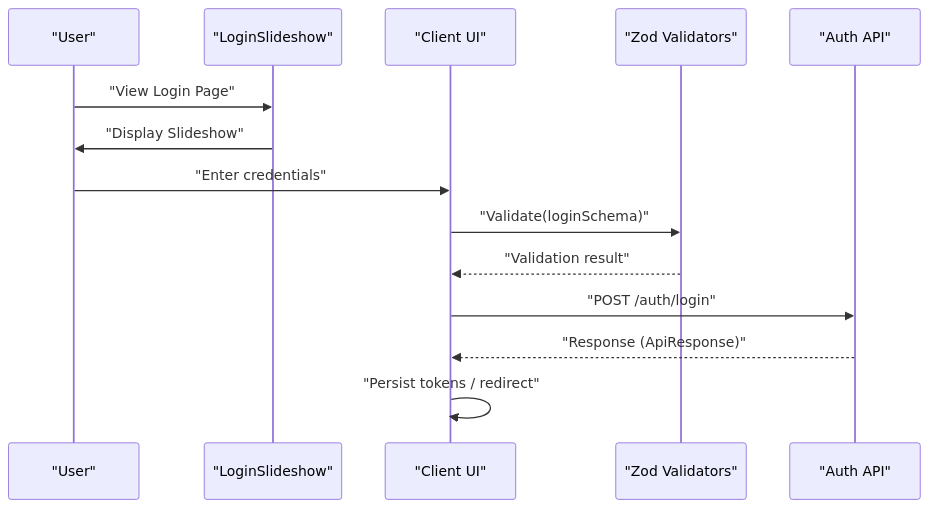
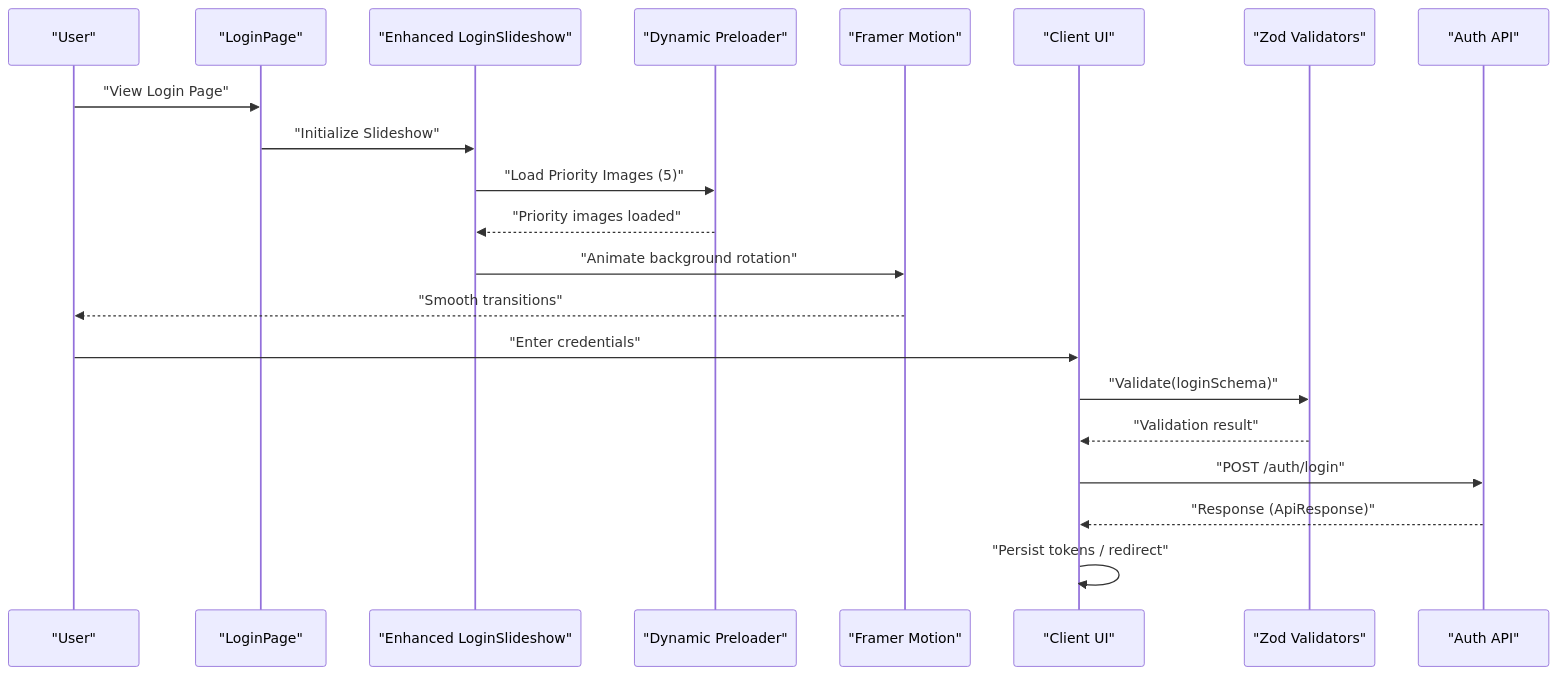
The fourth of 17 diagrams in .qoder/repowiki/en/content/Frontend & PWA Implementation/Frontend & PWA Implementation.md (franckylab/eLISAschool), drawn with Mermaid before and after one commit. The commit also changed other lines of this file and 84 other files, not shown here.

````diff
--- a/.qoder/repowiki/en/content/Frontend & PWA Implementation/Frontend & PWA Implementation.md
+++ b/.qoder/repowiki/en/content/Frontend & PWA Implementation/Frontend & PWA Implementation.md
@@ -242,16 +248,23 @@
 ```mermaid
 sequenceDiagram
 participant U as "User"
-participant LS as "LoginSlideshow"
+participant LP as "LoginPage"
+participant LS as "Enhanced LoginSlideshow"
+participant DP as "Dynamic Preloader"
+participant FM as "Framer Motion"
 participant C as "Client UI"
 participant V as "Zod Validators"
 participant A as "Auth API"
-U->>LS : "View Login Page"
-LS->>U : "Display Slideshow"
+U->>LP : "View Login Page"
+LP->>LS : "Initialize Slideshow"
+LS->>DP : "Load Priority Images (5)"
+DP-->>LS : "Priority images loaded"
+LS->>FM : "Animate background rotation"
+FM-->>U : "Smooth transitions"
 U->>C : "Enter credentials"
 C->>V : "Validate(loginSchema)"
 V-->>C : "Validation result"
 C->>A : "POST /auth/login"
 A-->>C : "Response (ApiResponse)"
 C->>C : "Persist tokens / redirect"
 ```
````
